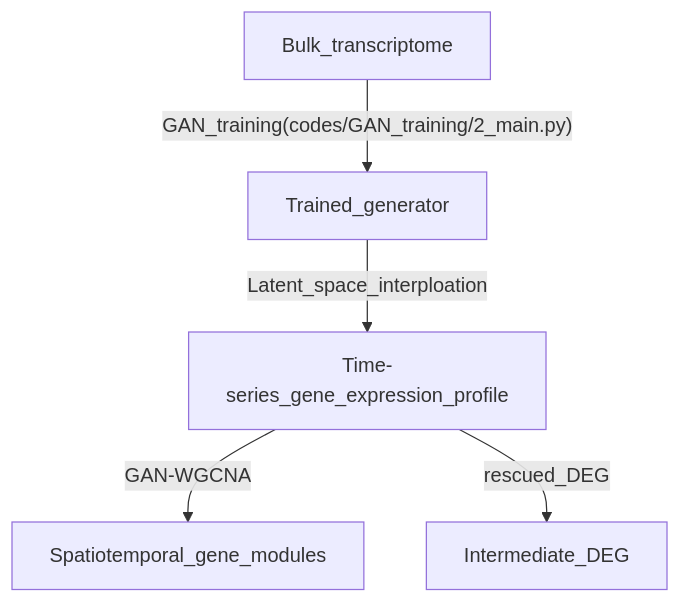
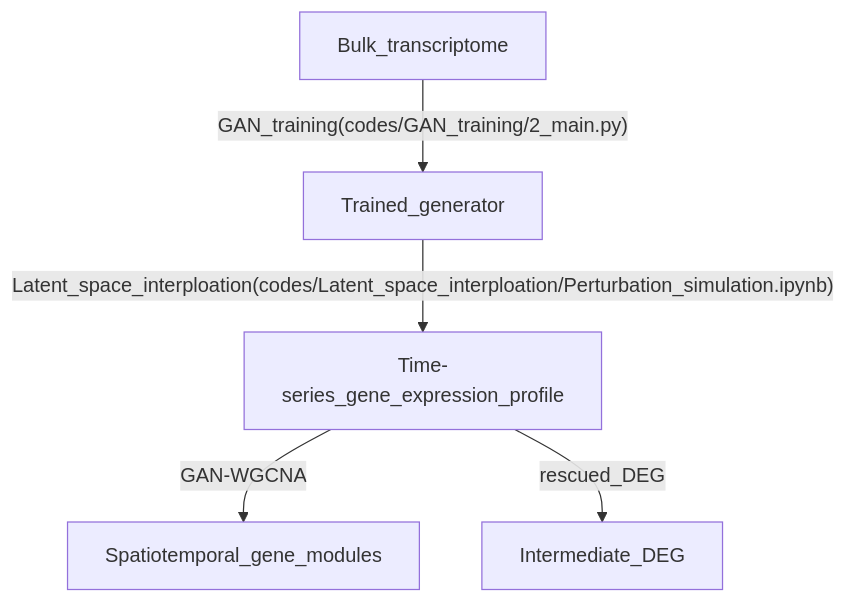
The diagram in README.md (baicalin/GAN-WGCNA), drawn with Mermaid before and after one commit.

````diff
--- a/README.md
+++ b/README.md
@@ -6,8 +6,8 @@
 ```mermaid
 graph TD;
     Bulk_transcriptome -- "GAN_training(codes/GAN_training/2_main.py)" --> Trained_generator
-    Trained_generator -- Latent_space_interploation --> Time-series_gene_expression_profile;
+    Trained_generator -- Latent_space_interploation(codes/Latent_space_interploation/Perturbation_simulation.ipynb) --> Time-series_gene_expression_profile;
     Time-series_gene_expression_profile -- GAN-WGCNA --> Spatiotemporal_gene_modules;
     Time-series_gene_expression_profile -- rescued_DEG --> Intermediate_DEG;
 
 ```
````
